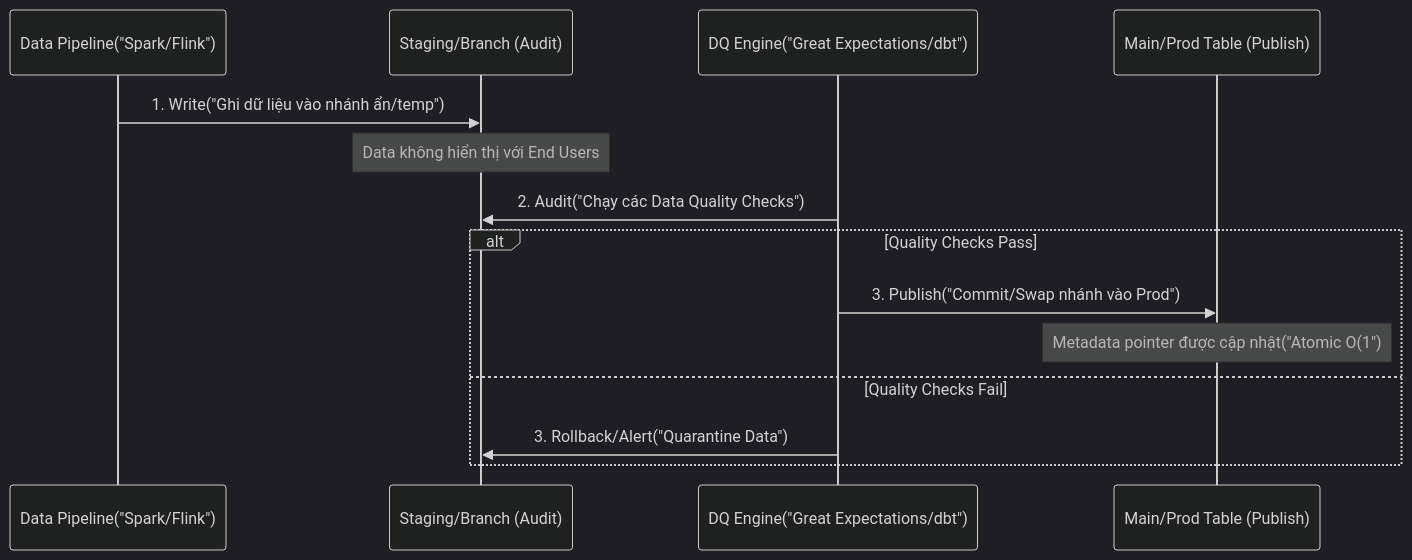
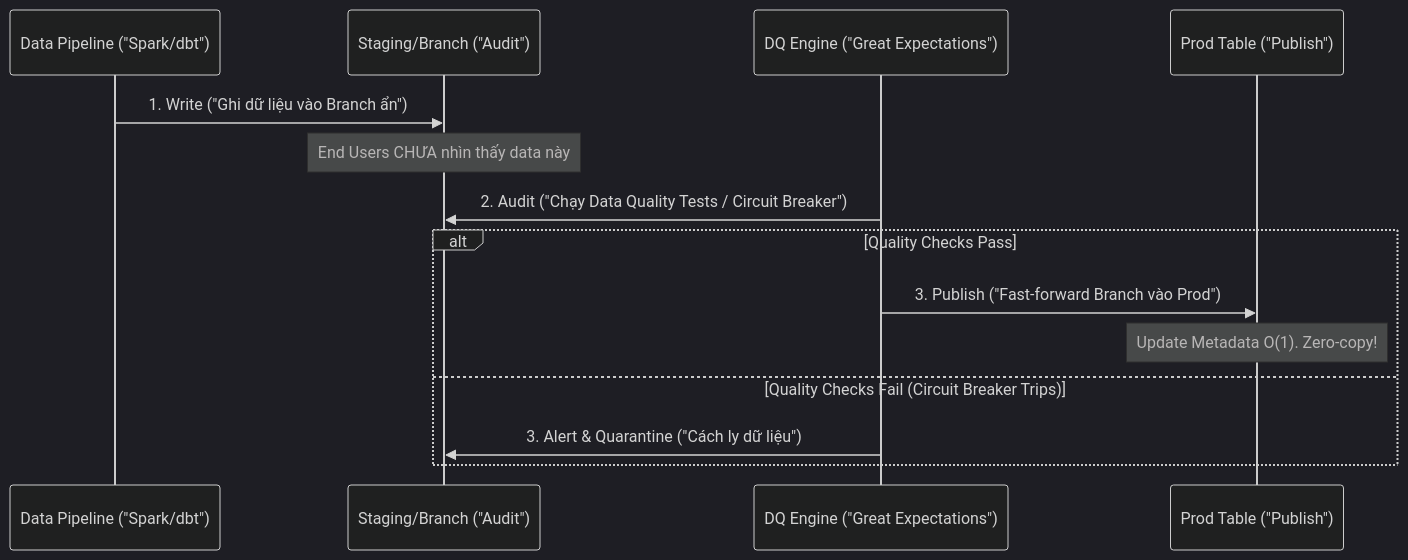
Before and after one commit to kythuatdulieu/kythuatdulieu.github.io: the diagram in src/content/docs/concepts/7-dataops-orchestration-quality/data-quality-dimensions.md, drawn with Mermaid (dark theme). The commit also changed other lines of this file and 228 other files, not shown here.

Commit message:
Fix syntax and rewrite 200+ concepts docs to deep-dive system architecture and add GA4 tracking to quiz app

````diff
--- a/src/content/docs/concepts/7-dataops-orchestration-quality/data-quality-dimensions.md
+++ b/src/content/docs/concepts/7-dataops-orchestration-quality/data-quality-dimensions.md
@@ -53,17 +52,17 @@
 ```mermaid
 sequenceDiagram
-    participant P as Data Pipeline("Spark/Flink")
-    participant S as Staging/Branch (Audit)
-    participant Q as DQ Engine("Great Expectations/dbt")
-    participant M as Main/Prod Table (Publish)
+    participant P as Data Pipeline ("Spark/dbt")
+    participant S as Staging/Branch ("Audit")
+    participant Q as DQ Engine ("Great Expectations")
+    participant M as Prod Table ("Publish")
 
-    P->>S: 1. Write("Ghi dữ liệu vào nhánh ẩn/temp")
-    Note over S: Data không hiển thị với End Users
-    Q->>S: 2. Audit("Chạy các Data Quality Checks")
+    P->>S: 1. Write ("Ghi dữ liệu vào Branch ẩn")
+    Note over S: End Users CHƯA nhìn thấy data này
+    Q->>S: 2. Audit ("Chạy Data Quality Tests / Circuit Breaker")
     alt Quality Checks Pass
-        Q->>M: 3. Publish("Commit/Swap nhánh vào Prod")
-        Note over M: Metadata pointer được cập nhật("Atomic O(1")
-    else Quality Checks Fail
-        Q->>S: 3. Rollback/Alert("Quarantine Data")
+        Q->>M: 3. Publish ("Fast-forward Branch vào Prod")
+        Note over M: Update Metadata O(1). Zero-copy!
+    else Quality Checks Fail (Circuit Breaker Trips)
+        Q->>S: 3. Alert & Quarantine ("Cách ly dữ liệu")
     end
 ```
````
